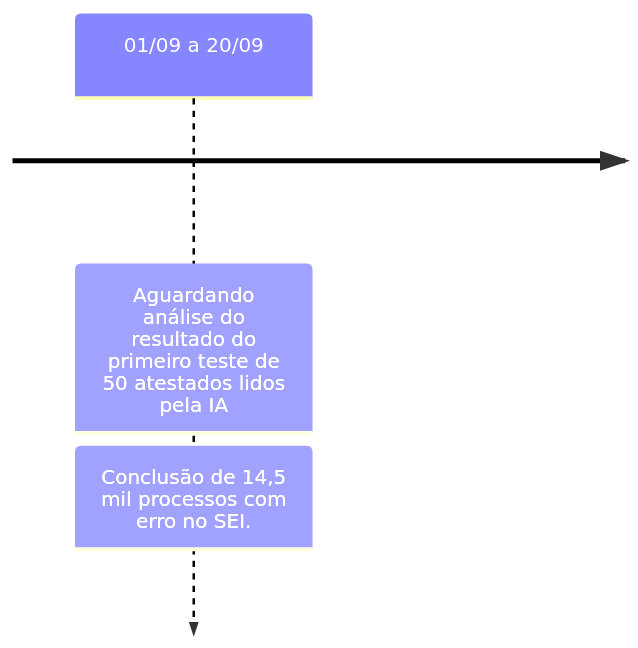
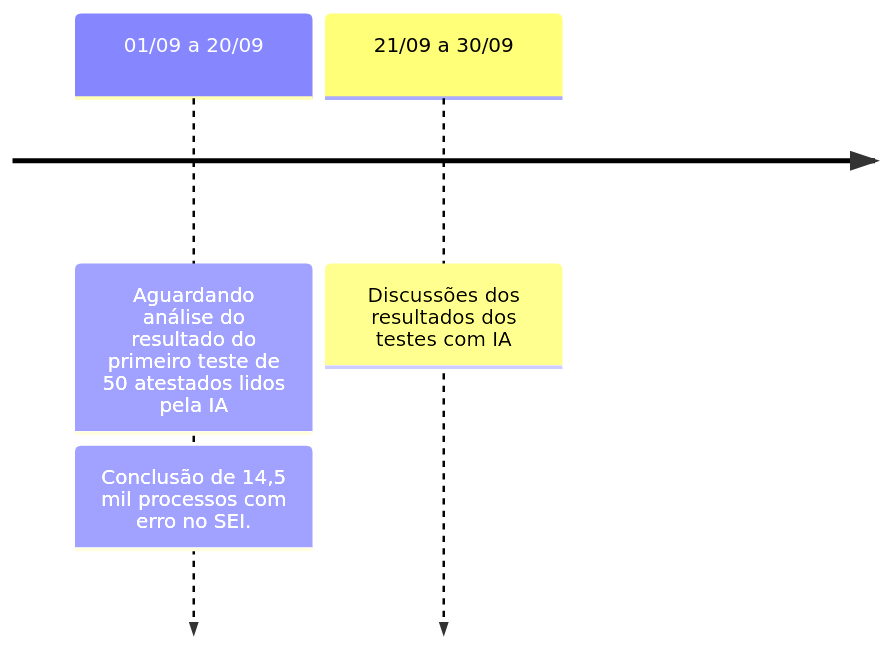
The sixth of 7 diagrams in docs/linha_do_tempo/projeto_seplag_scpmso.md (automatiza-mg/handbook), drawn with Mermaid before and after one commit. The commit also changed other lines of this file, not shown here.

````diff
--- a/docs/linha_do_tempo/projeto_seplag_scpmso.md
+++ b/docs/linha_do_tempo/projeto_seplag_scpmso.md
@@ -67,5 +67,6 @@
     ```mermaid
     timeline
         01/09 a 20/09 : Aguardando análise do resultado do primeiro teste de 50 atestados lidos pela IA
                       : Conclusão de 14,5 mil processos com erro no SEI.
+        21/09 a 30/09 : Discussões dos resultados dos testes com IA             
     ```
````
